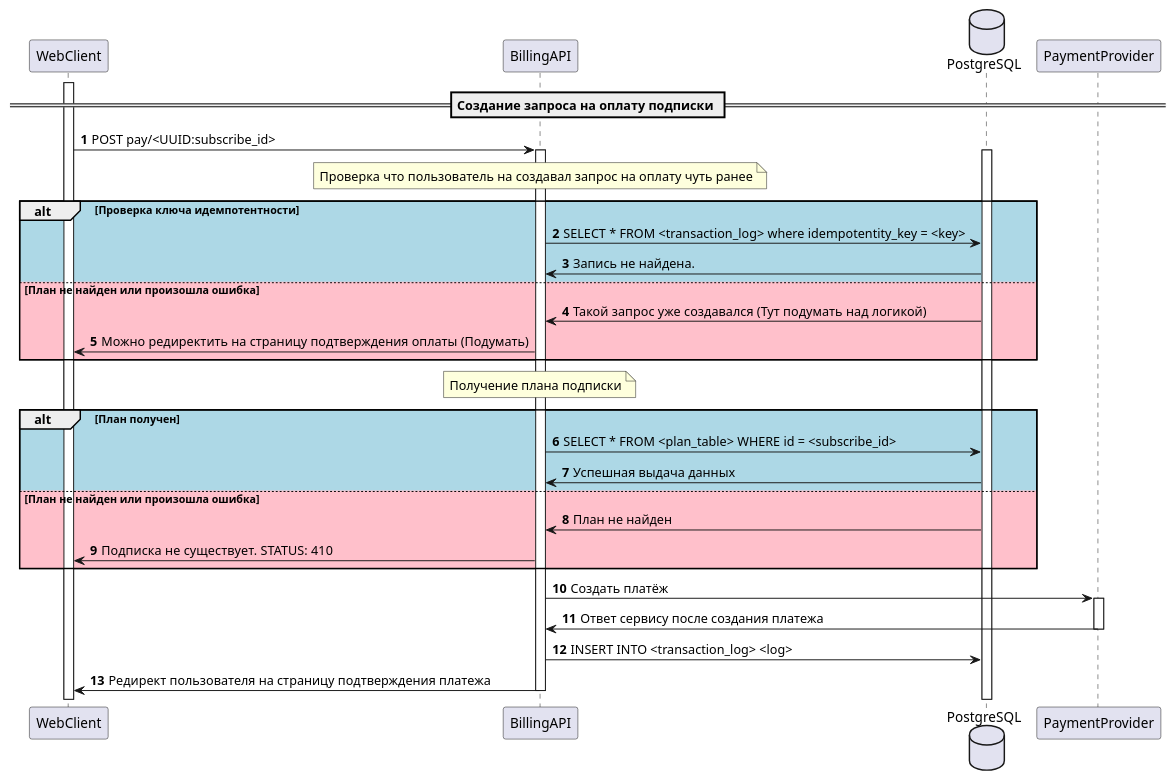
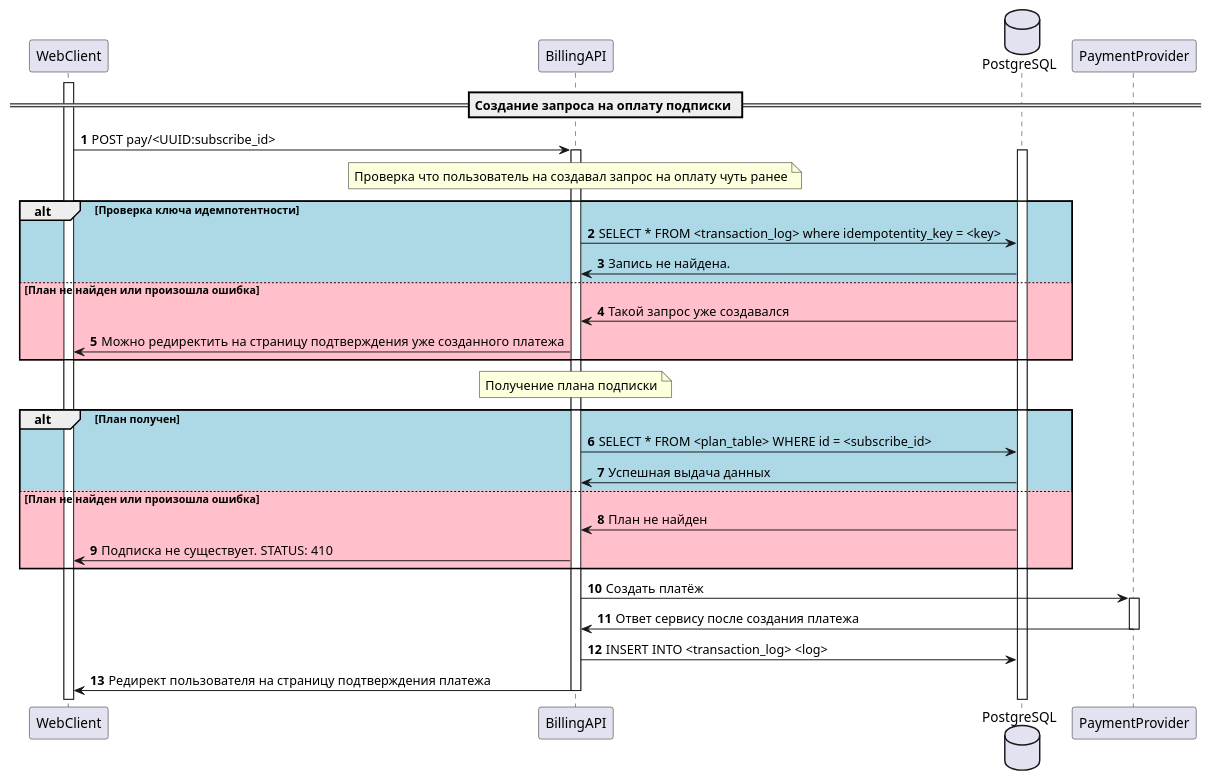
The diagram in billing/arhitecture/0.0.1-pay.puml (AlexanderPRM/Cinema), drawn with PlantUML before and after one commit. The commit also changed 22 other files, not shown here.

```diff
--- a/billing/arhitecture/0.0.1-pay.puml
+++ b/billing/arhitecture/0.0.1-pay.puml
@@ -1,32 +1,32 @@
 @startuml ugc-watch-film
 == Создание запроса на оплату подписки ==
 autonumber
 activate WebClient
 WebClient -> BillingAPI: POST pay/<UUID:subscribe_id>
 activate BillingAPI
 note over BillingAPI: Проверка что пользователь на создавал запрос на оплату чуть ранее
 database PostgreSQL
 alt #LightBlue Проверка ключа идемпотентности
         activate PostgreSQL
         BillingAPI -> PostgreSQL: SELECT * FROM <transaction_log> where idempotentity_key = <key>
         PostgreSQL -> BillingAPI: Запись не найдена.
     else #Pink План не найден или произошла ошибка
-        PostgreSQL -> BillingAPI: Такой запрос уже создавался (Тут подумать над логикой)
-        BillingAPI -> WebClient: Можно редиректить на страницу подтверждения оплаты (Подумать)
+        PostgreSQL -> BillingAPI: Такой запрос уже создавался
+        BillingAPI -> WebClient: Можно редиректить на страницу подтверждения уже созданного платежа
     end
 note over BillingAPI: Получение плана подписки
 alt #LightBlue План получен
         BillingAPI -> PostgreSQL: SELECT * FROM <plan_table> WHERE id = <subscribe_id>
         PostgreSQL -> BillingAPI: Успешная выдача данных
     else #Pink План не найден или произошла ошибка
         PostgreSQL -> BillingAPI: План не найден
         BillingAPI -> WebClient: Подписка не существует. STATUS: 410
     end
 BillingAPI -> PaymentProvider: Создать платёж
 activate PaymentProvider
 PaymentProvider -> BillingAPI: Ответ сервису после создания платежа
 deactivate PaymentProvider
 BillingAPI -> PostgreSQL: INSERT INTO <transaction_log> <log>
 BillingAPI -> WebClient: Редирект пользователя на страницу подтверждения платежа
 deactivate BillingAPI
 @enduml
```
